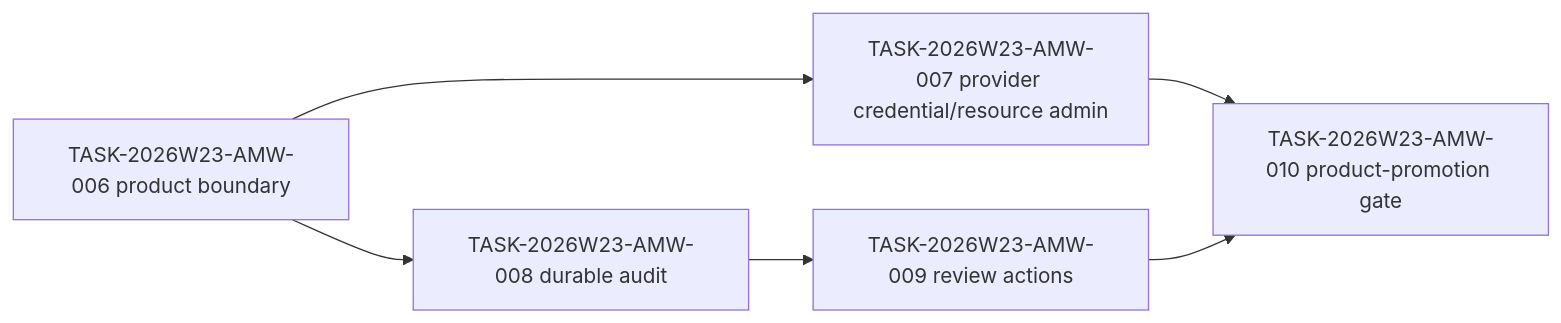
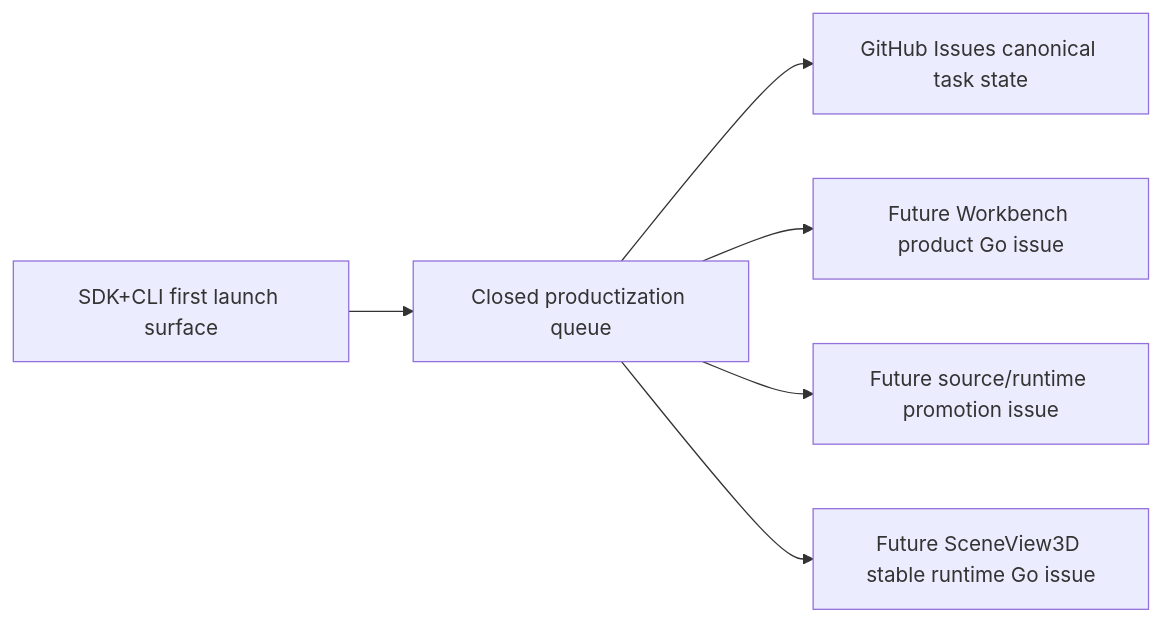
Before and after one commit to HYNCM/gis-engine: the diagram in docs/planning/dependency-graph.md, drawn with Mermaid. The commit also changed other lines of this file and 96 other files, not shown here.

````diff
--- a/docs/planning/dependency-graph.md
+++ b/docs/planning/dependency-graph.md
@@ -394,9 +20,8 @@
 ```mermaid
 flowchart LR
-  A["TASK-2026W23-AMW-006 product boundary"]
-  A --> B["TASK-2026W23-AMW-007 provider credential/resource admin"]
-  A --> C["TASK-2026W23-AMW-008 durable audit"]
-  C --> D["TASK-2026W23-AMW-009 review actions"]
-  B --> E["TASK-2026W23-AMW-010 product-promotion gate"]
-  D --> E
+  A["SDK+CLI first launch surface"] --> B["Closed productization queue"]
+  B --> C["GitHub Issues canonical task state"]
+  B --> D["Future Workbench product Go issue"]
+  B --> E["Future source/runtime promotion issue"]
+  B --> F["Future SceneView3D stable runtime Go issue"]
 ```
````
